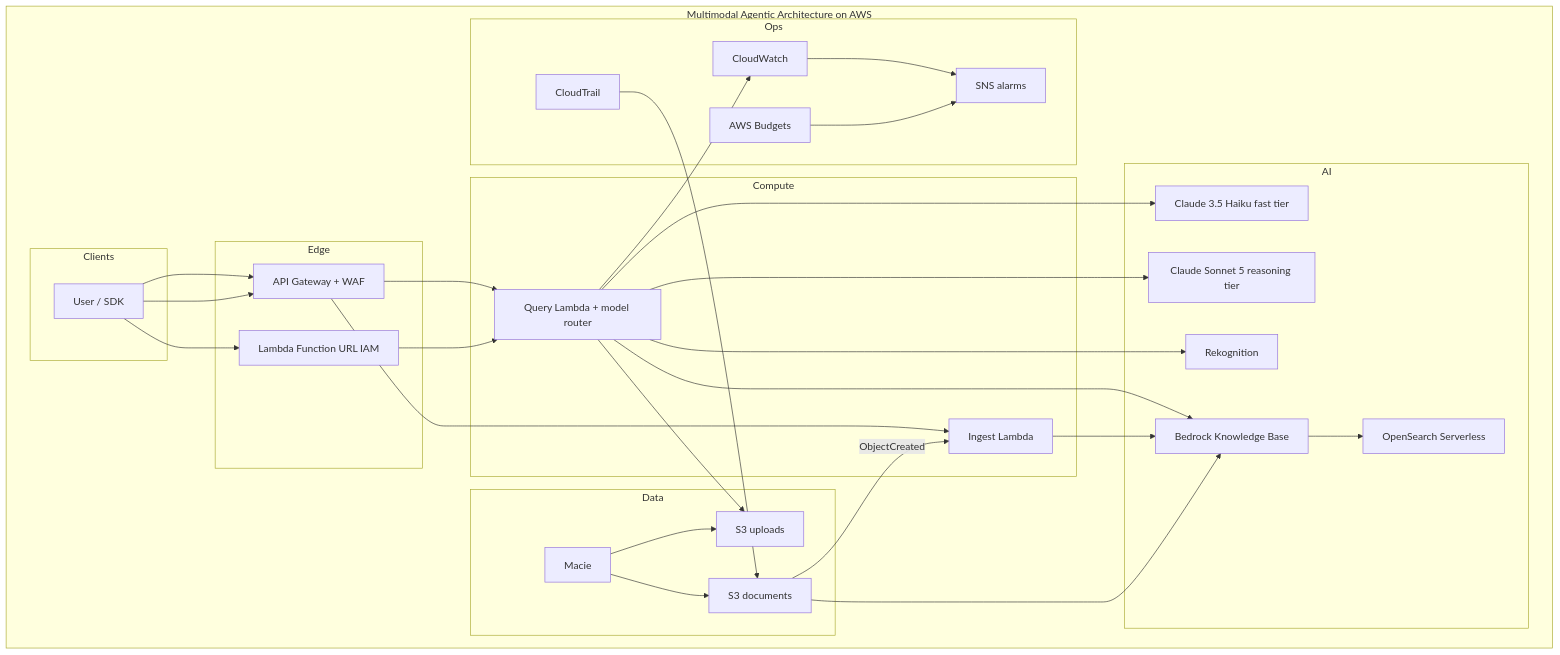
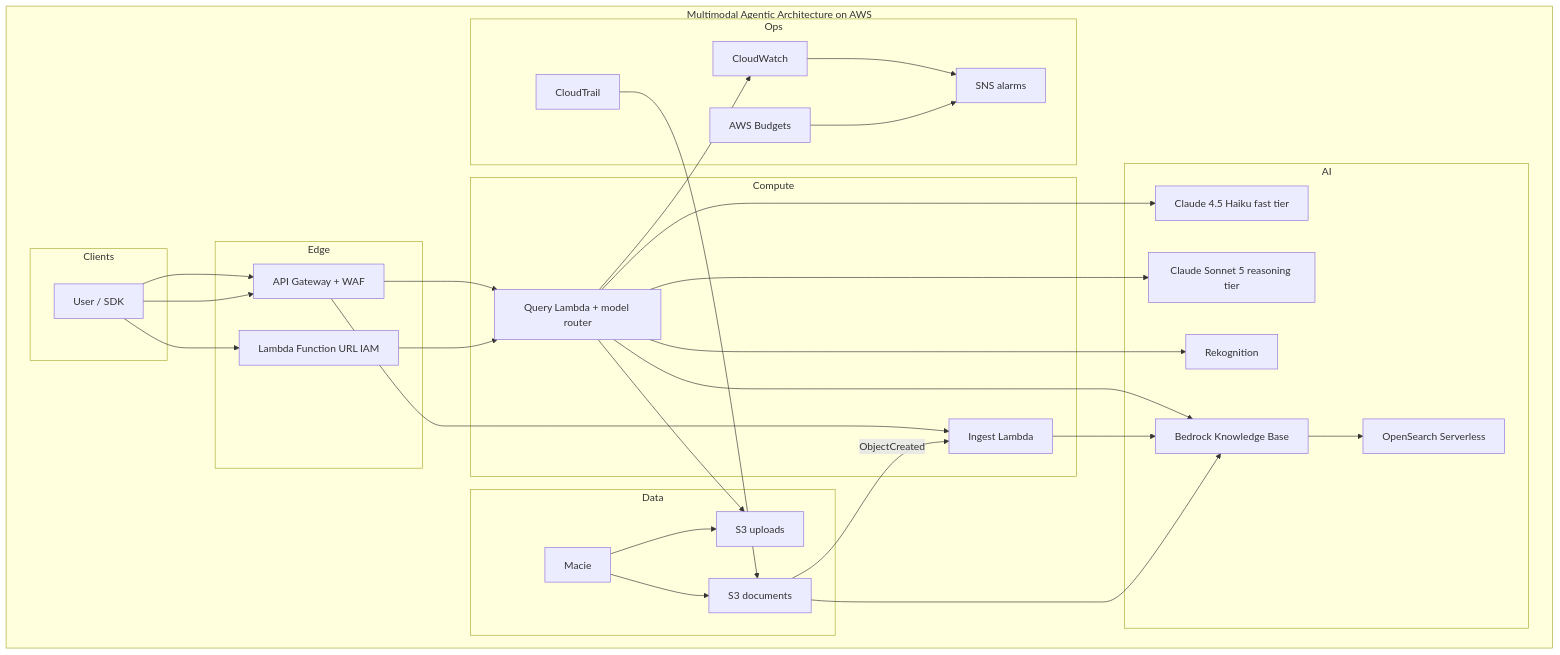
The diagram in README.md (sty0331us/multimodal-agentic-architecture-aws), drawn with Mermaid before and after one commit. The commit also changed other lines of this file and 12 other files, not shown here.

First line of the commit message:
feat: switch the fast-tier model to Claude 4.5 Haiku

````diff
--- a/README.md
+++ b/README.md
@@ -78,50 +78,50 @@
 ```mermaid
 flowchart TB
   subgraph Architecture["Multimodal Agentic Architecture on AWS"]
   subgraph Clients
     U[User / SDK]
   end
   subgraph Edge
     APIGW[API Gateway + WAF]
     FURL[Lambda Function URL IAM]
   end
   subgraph Compute
     Q[Query Lambda + model router]
     I[Ingest Lambda]
   end
   subgraph AI
-    H[Claude 3.5 Haiku fast tier]
+    H[Claude 4.5 Haiku fast tier]
     B[Claude Sonnet 5 reasoning tier]
     R[Rekognition]
     KB[Bedrock Knowledge Base]
     AOSS[OpenSearch Serverless]
   end
   subgraph Data
     SU[S3 uploads]
     SD[S3 documents]
     M[Macie]
   end
   subgraph Ops
     CW[CloudWatch]
     SNS[SNS alarms]
     CT[CloudTrail]
     BD[AWS Budgets]
   end
   U --> APIGW --> Q
   U --> FURL --> Q
   Q --> H
   Q --> B
   Q --> R
   Q --> KB --> AOSS
   Q --> SU
   U --> APIGW --> I
   SD -->|ObjectCreated| I
   I --> KB
   SD --> KB
   M --> SD
   M --> SU
   Q --> CW --> SNS
   CT --> SD
   BD --> SNS
   end
 ```
````
